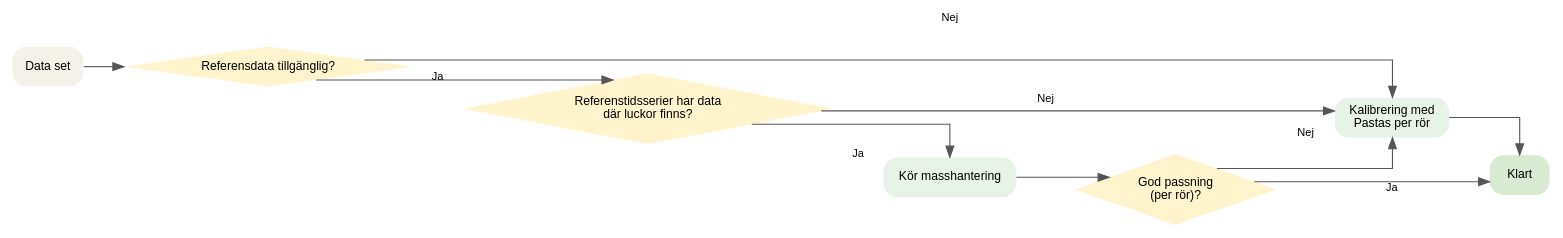
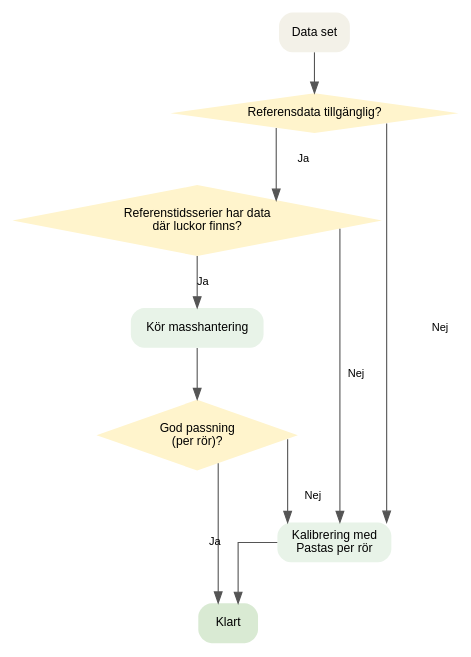
One commit to ezra-haaf/Hydrogeologiska-storningar changed the diagram in handledning/flowcharts/ifyllnad.rst. Above: the diagram before and after it, drawn with Graphviz.

Commit message:
Change flowchart orientation from LR to TD

```diff
--- a/handledning/flowcharts/ifyllnad.rst
+++ b/handledning/flowcharts/ifyllnad.rst
@@ -18,42 +18,42 @@
 .. graphviz::
 
    digraph G {
-     rankdir=LR;
+     rankdir=TD;
      splines=ortho;
      nodesep=0.4;
      ranksep=0.5;
 
      node [fontname="Helvetica", fillcolor="#f3f1e8", fontsize=11, penwidth=0];
      edge [fontname="Helvetica", fontsize=10, color="#555555"];
 
      // Shapes/styles
      Start [label="Data set", shape=box, style="rounded,filled", fillcolor="#f3f1e8",
            URL="../examples/kompensation.html", target="_top"];
      D1 [label="Referensdata tillgänglig?", shape=diamond, style="filled", fillcolor="#fff4cc"];
      D2 [label="Referenstidsserier har data\ndär luckor finns?", shape=diamond, style="filled", fillcolor="#fff4cc"];
      D3 [label="God passning\n(per rör)?", shape=diamond, style="filled", fillcolor="#fff4cc"];
 
      Mass [label="Kör masshantering", shape=box, style="rounded,filled", fillcolor="#e8f3e8",
            URL="../examples/ifyllnad_mf_cv.html", target="_top"];
 
      Pastas [label="Kalibrering med\nPastas per rör", shape=box, style="rounded,filled", fillcolor="#e8f3e8",
              URL="../examples/kalibrering.html", target="_top"];
 
      End [label="Klart", shape=box, style="rounded,filled", fillcolor="#d9ead3"];
 
      // Flow
      Start -> D1;
 
      D1 -> D2 [label="Ja"];
      D1 -> Pastas [label="Nej"];
 
      D2 -> Mass [label="Ja"];
      D2 -> Pastas [label="Nej"];
 
      Mass -> D3;
 
      D3 -> End [label="Ja"];
      D3 -> Pastas [label="Nej"];
 
      Pastas -> End;
    }
```
